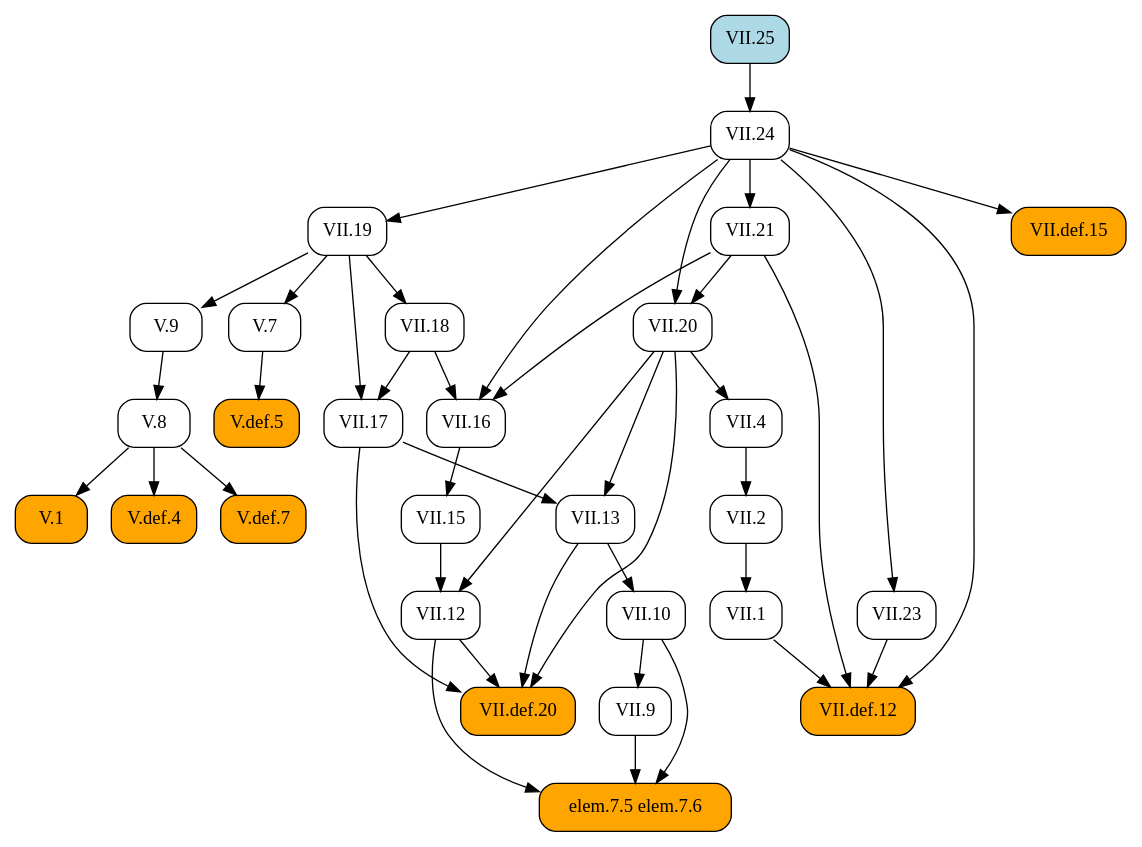
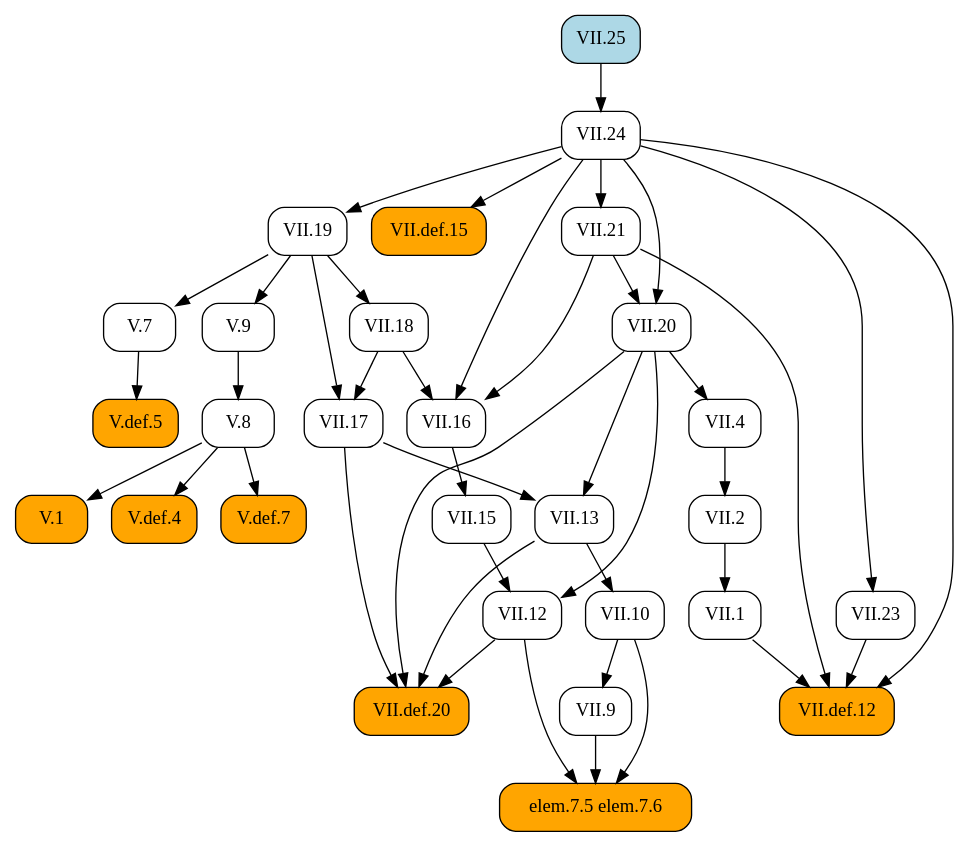
The diagram in docsrc/heath/VII/25/index.rst (geometor/elements), drawn with Graphviz before and after one commit. The commit also changed other lines of this file and 1029 other files, not shown here.

```diff
--- a/docsrc/heath/VII/25/index.rst
+++ b/docsrc/heath/VII/25/index.rst
@@ -37,75 +37,75 @@
 .. graphviz::
 
    digraph {
      rankdir="TB";
      node [shape=box, style=rounded];
-     "V.1" [style="rounded,filled", fillcolor=orange, URL="/heath/V/1/", target="_top"];
-     "VII.20" [URL="/heath/VII/20/", target="_top"];
-     "VII.12" [URL="/heath/VII/12/", target="_top"];
-     "VII.9" [URL="/heath/VII/9/", target="_top"];
-     "VII.23" [URL="/heath/VII/23/", target="_top"];
-     "VII.16" [URL="/heath/VII/16/", target="_top"];
-     "VII.13" [URL="/heath/VII/13/", target="_top"];
-     "VII.25" [style="rounded,filled", fillcolor=lightblue, URL="/heath/VII/25/", target="_top"];
-     "V.def.4" [style="rounded,filled", fillcolor=orange, URL="/heath/V/def.4/", target="_top"];
-     "VII.def.15" [style="rounded,filled", fillcolor=orange, URL="/heath/VII/def.15/", target="_top"];
-     "VII.18" [URL="/heath/VII/18/", target="_top"];
+     "VII.def.12" [style="rounded,filled", fillcolor=orange, URL="/heath/VII/def.12/", target="_top"];
      "V.8" [URL="/heath/V/8/", target="_top"];
-     "VII.21" [URL="/heath/VII/21/", target="_top"];
-     "VII.24" [URL="/heath/VII/24/", target="_top"];
-     "V.7" [URL="/heath/V/7/", target="_top"];
-     "VII.19" [URL="/heath/VII/19/", target="_top"];
-     "VII.def.12" [style="rounded,filled", fillcolor=orange, URL="/heath/VII/def.12/", target="_top"];
-     "VII.15" [URL="/heath/VII/15/", target="_top"];
-     "VII.4" [URL="/heath/VII/4/", target="_top"];
-     "V.9" [URL="/heath/V/9/", target="_top"];
-     "VII.2" [URL="/heath/VII/2/", target="_top"];
-     "VII.def.20" [style="rounded,filled", fillcolor=orange, URL="/heath/VII/def.20/", target="_top"];
-     "elem.7.5 elem.7.6" [style="rounded,filled", fillcolor=orange];
      "VII.1" [URL="/heath/VII/1/", target="_top"];
      "VII.10" [URL="/heath/VII/10/", target="_top"];
+     "VII.9" [URL="/heath/VII/9/", target="_top"];
+     "VII.def.15" [style="rounded,filled", fillcolor=orange, URL="/heath/VII/def.15/", target="_top"];
+     "V.def.5" [style="rounded,filled", fillcolor=orange, URL="/heath/V/def.5/", target="_top"];
+     "VII.19" [URL="/heath/VII/19/", target="_top"];
+     "VII.18" [URL="/heath/VII/18/", target="_top"];
+     "VII.16" [URL="/heath/VII/16/", target="_top"];
+     "VII.4" [URL="/heath/VII/4/", target="_top"];
+     "VII.25" [style="rounded,filled", fillcolor=lightblue, URL="/heath/VII/25/", target="_top"];
+     "VII.21" [URL="/heath/VII/21/", target="_top"];
+     "V.1" [style="rounded,filled", fillcolor=orange, URL="/heath/V/1/", target="_top"];
+     "VII.17" [URL="/heath/VII/17/", target="_top"];
+     "elem.7.5 elem.7.6" [style="rounded,filled", fillcolor=orange];
+     "VII.20" [URL="/heath/VII/20/", target="_top"];
+     "VII.15" [URL="/heath/VII/15/", target="_top"];
+     "V.7" [URL="/heath/V/7/", target="_top"];
+     "V.9" [URL="/heath/V/9/", target="_top"];
+     "V.def.4" [style="rounded,filled", fillcolor=orange, URL="/heath/V/def.4/", target="_top"];
+     "VII.13" [URL="/heath/VII/13/", target="_top"];
+     "VII.2" [URL="/heath/VII/2/", target="_top"];
      "V.def.7" [style="rounded,filled", fillcolor=orange, URL="/heath/V/def.7/", target="_top"];
-     "V.def.5" [style="rounded,filled", fillcolor=orange, URL="/heath/V/def.5/", target="_top"];
-     "VII.17" [URL="/heath/VII/17/", target="_top"];
-     "V.8" -> "V.1";
-     "VII.21" -> "VII.20";
-     "VII.24" -> "VII.20";
-     "VII.15" -> "VII.12";
-     "VII.20" -> "VII.12";
-     "VII.10" -> "VII.9";
-     "VII.24" -> "VII.23";
-     "VII.18" -> "VII.16";
-     "VII.21" -> "VII.16";
-     "VII.24" -> "VII.16";
-     "VII.17" -> "VII.13";
-     "VII.20" -> "VII.13";
-     "V.8" -> "V.def.4";
-     "VII.24" -> "VII.def.15";
-     "VII.19" -> "VII.18";
-     "V.9" -> "V.8";
-     "VII.24" -> "VII.21";
-     "VII.25" -> "VII.24";
-     "VII.19" -> "V.7";
-     "VII.24" -> "VII.19";
+     "VII.12" [URL="/heath/VII/12/", target="_top"];
+     "VII.23" [URL="/heath/VII/23/", target="_top"];
+     "VII.24" [URL="/heath/VII/24/", target="_top"];
+     "VII.def.20" [style="rounded,filled", fillcolor=orange, URL="/heath/VII/def.20/", target="_top"];
      "VII.1" -> "VII.def.12";
      "VII.21" -> "VII.def.12";
      "VII.23" -> "VII.def.12";
      "VII.24" -> "VII.def.12";
+     "V.9" -> "V.8";
+     "VII.2" -> "VII.1";
+     "VII.13" -> "VII.10";
+     "VII.10" -> "VII.9";
+     "VII.24" -> "VII.def.15";
+     "V.7" -> "V.def.5";
+     "VII.24" -> "VII.19";
+     "VII.19" -> "VII.18";
+     "VII.18" -> "VII.16";
+     "VII.21" -> "VII.16";
+     "VII.24" -> "VII.16";
+     "VII.20" -> "VII.4";
+     "VII.24" -> "VII.21";
+     "V.8" -> "V.1";
+     "VII.18" -> "VII.17";
+     "VII.19" -> "VII.17";
+     "VII.9" -> "elem.7.5 elem.7.6";
+     "VII.10" -> "elem.7.5 elem.7.6";
+     "VII.12" -> "elem.7.5 elem.7.6";
+     "VII.21" -> "VII.20";
+     "VII.24" -> "VII.20";
      "VII.16" -> "VII.15";
-     "VII.20" -> "VII.4";
+     "VII.19" -> "V.7";
      "VII.19" -> "V.9";
+     "V.8" -> "V.def.4";
+     "VII.17" -> "VII.13";
+     "VII.20" -> "VII.13";
      "VII.4" -> "VII.2";
+     "V.8" -> "V.def.7";
+     "VII.15" -> "VII.12";
+     "VII.20" -> "VII.12";
+     "VII.24" -> "VII.23";
+     "VII.25" -> "VII.24";
      "VII.12" -> "VII.def.20";
      "VII.13" -> "VII.def.20";
      "VII.17" -> "VII.def.20";
      "VII.20" -> "VII.def.20";
-     "VII.9" -> "elem.7.5 elem.7.6";
-     "VII.10" -> "elem.7.5 elem.7.6";
-     "VII.12" -> "elem.7.5 elem.7.6";
-     "VII.2" -> "VII.1";
-     "VII.13" -> "VII.10";
-     "V.8" -> "V.def.7";
-     "V.7" -> "V.def.5";
-     "VII.18" -> "VII.17";
-     "VII.19" -> "VII.17";
    }
```
